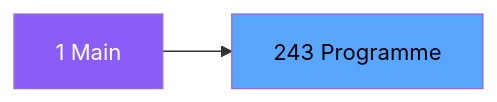
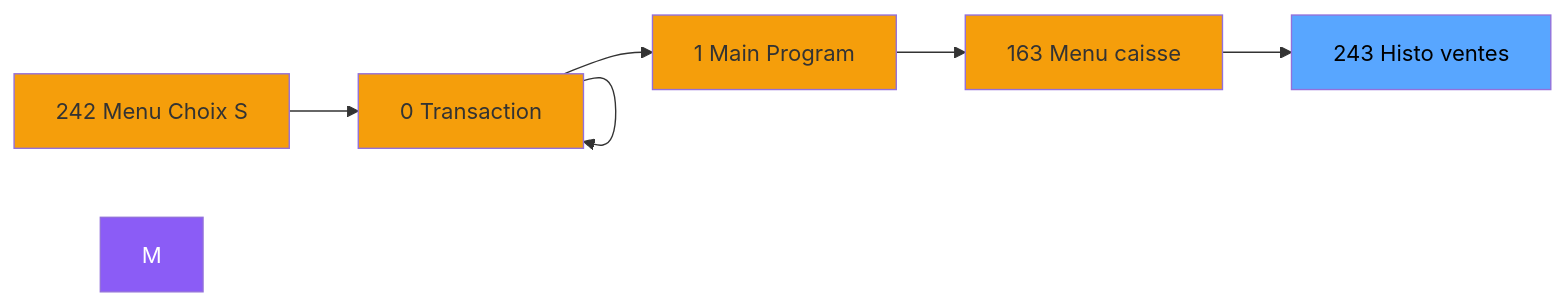
Before and after one commit to thonyAGP/magic-migration: the second of 3 diagrams in .openspec/specs/ADH-IDE-243.md, drawn with Mermaid. The commit also changed other lines of this file and 323 other files, not shown here.

````diff
--- a/.openspec/specs/ADH-IDE-243.md
+++ b/.openspec/specs/ADH-IDE-243.md
@@ -125,8 +151,21 @@
 ```mermaid
 graph LR
-    M[1 Main]
-    T[243 Programme]
-    M --> T
+    N242[242 Menu Choix S]
+    N0[0 Transaction ]
+    N0[0 Transaction ]
+    N1[1 Main Program]
+    N163[163 Menu caisse ]
+    T[243 Histo ventes]
+    N242 --> N0
+    N0 --> N0
+    N0 --> N1
+    N1 --> N163
+    N163 --> T
     style M fill:#8b5cf6,color:#fff
+    style N242 fill:#f59e0b
+    style N0 fill:#f59e0b
+    style N0 fill:#f59e0b
+    style N1 fill:#f59e0b
+    style N163 fill:#f59e0b
     style T fill:#58a6ff,color:#000
 ```
````
